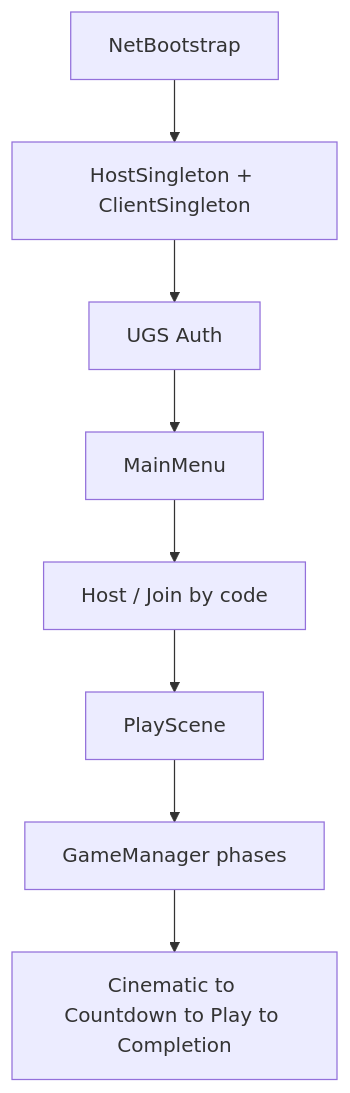
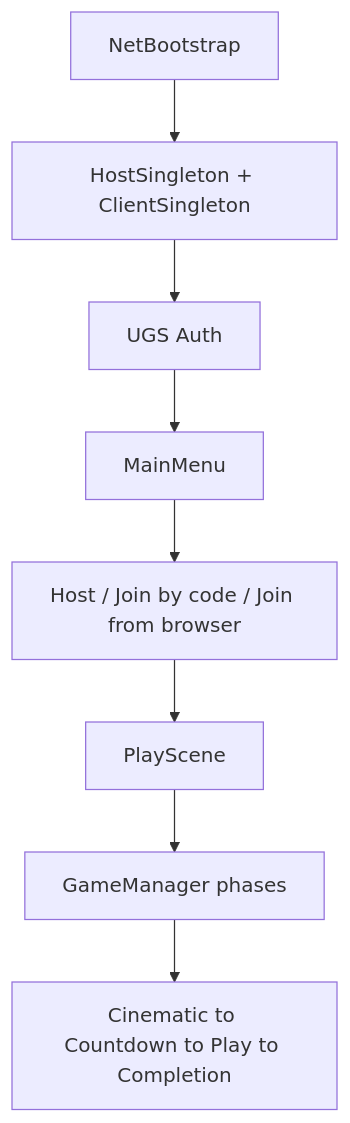
One commit to TimoKuronen/HoverCar-Derby changed the diagram in docs/architecture.md. Above: the diagram before and after it, drawn with Mermaid. The commit also changed other lines of this file and 4 other files, not shown here.

````diff
--- a/docs/architecture.md
+++ b/docs/architecture.md
@@ -51,10 +54,10 @@
 ```mermaid
 flowchart TD
     A[NetBootstrap] --> D[HostSingleton + ClientSingleton]
     D --> E[UGS Auth]
     E --> F[MainMenu]
-    F --> G[Host / Join by code]
+    F --> G[Host / Join by code / Join from browser]
     G --> H[PlayScene]
     H --> I[GameManager phases]
     I --> J[Cinematic to Countdown to Play to Completion]
 ```
````
